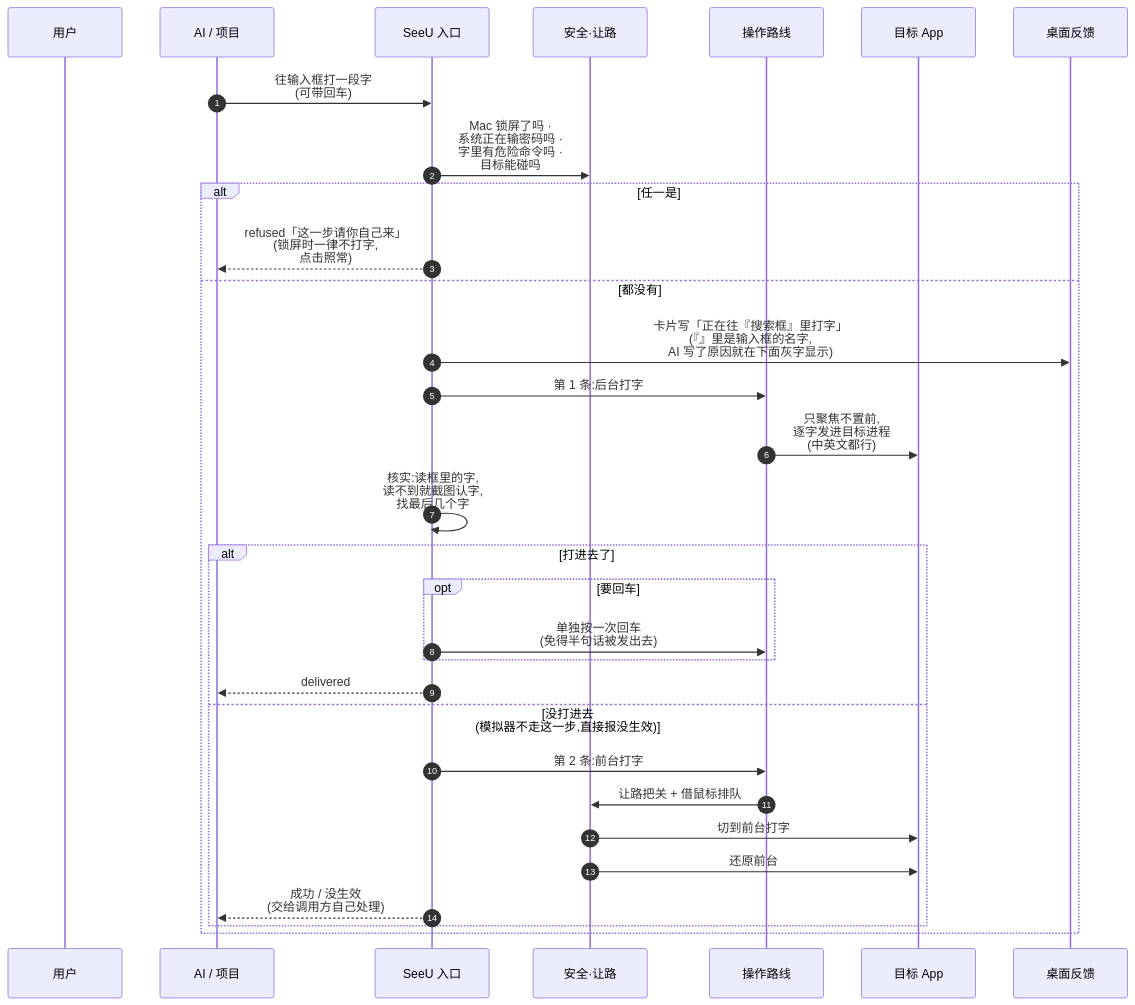
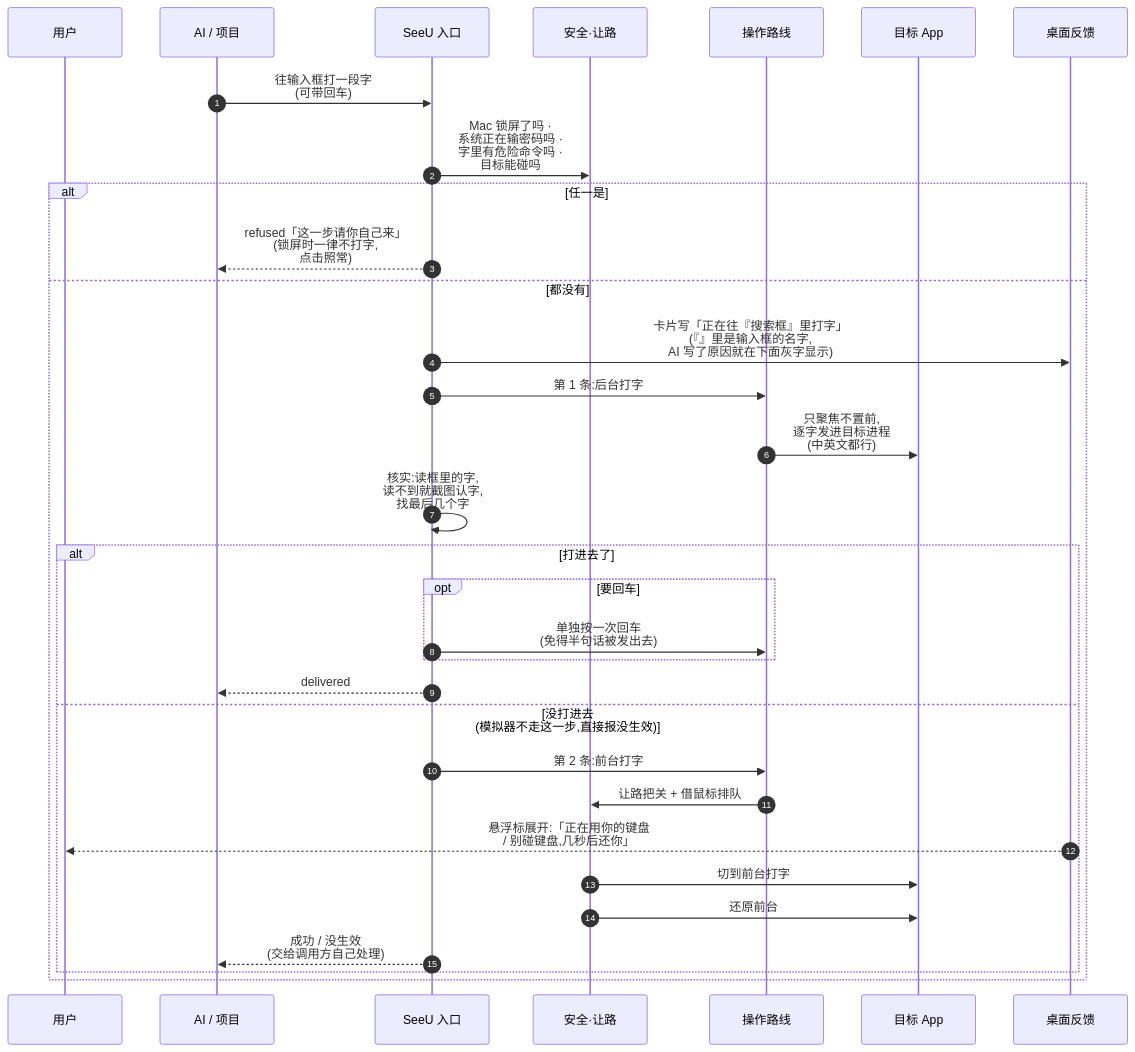
Before and after one commit to Mr-Bingoo/seeu-computeruse: the fifth of 16 diagrams in docs/SeeU-业务图.zh-CN.md, drawn with Mermaid. The commit also changed other lines of this file and 41 other files, not shown here.

````diff
--- a/docs/SeeU-业务图.zh-CN.md
+++ b/docs/SeeU-业务图.zh-CN.md
@@ -231,33 +233,34 @@
 ```mermaid
 sequenceDiagram
   autonumber
   participant U as 用户
   participant AI as AI / 项目
   participant E as SeeU 入口
   participant S as 安全·让路
   participant R as 操作路线
   participant A as 目标 App
   participant F as 桌面反馈
   AI->>E: 往输入框打一段字<br/>(可带回车)
   E->>S: Mac 锁屏了吗 ·<br/>系统正在输密码吗 ·<br/>字里有危险命令吗 ·<br/>目标能碰吗
   alt 任一是
     E-->>AI: refused「这一步请你自己来」<br/>(锁屏时一律不打字,<br/>点击照常)
   else 都没有
     E->>F: 卡片写「正在往『搜索框』里打字」<br/>(『』里是输入框的名字,<br/>AI 写了原因就在下面灰字显示)
     E->>R: 第 1 条:后台打字
     R->>A: 只聚焦不置前,<br/>逐字发进目标进程<br/>(中英文都行)
     E->>E: 核实:读框里的字,<br/>读不到就截图认字,<br/>找最后几个字
     alt 打进去了
       opt 要回车
         E->>R: 单独按一次回车<br/>(免得半句话被发出去)
       end
       E-->>AI: delivered
     else 没打进去<br/>(模拟器不走这一步,直接报没生效)
       E->>R: 第 2 条:前台打字
       R->>S: 让路把关 + 借鼠标排队
+      F-->>U: 悬浮标展开:「正在用你的键盘<br/>/ 别碰键盘,几秒后还你」
       S->>A: 切到前台打字
       S->>A: 还原前台
       E-->>AI: 成功 / 没生效<br/>(交给调用方自己处理)
     end
   end
 ```
````
